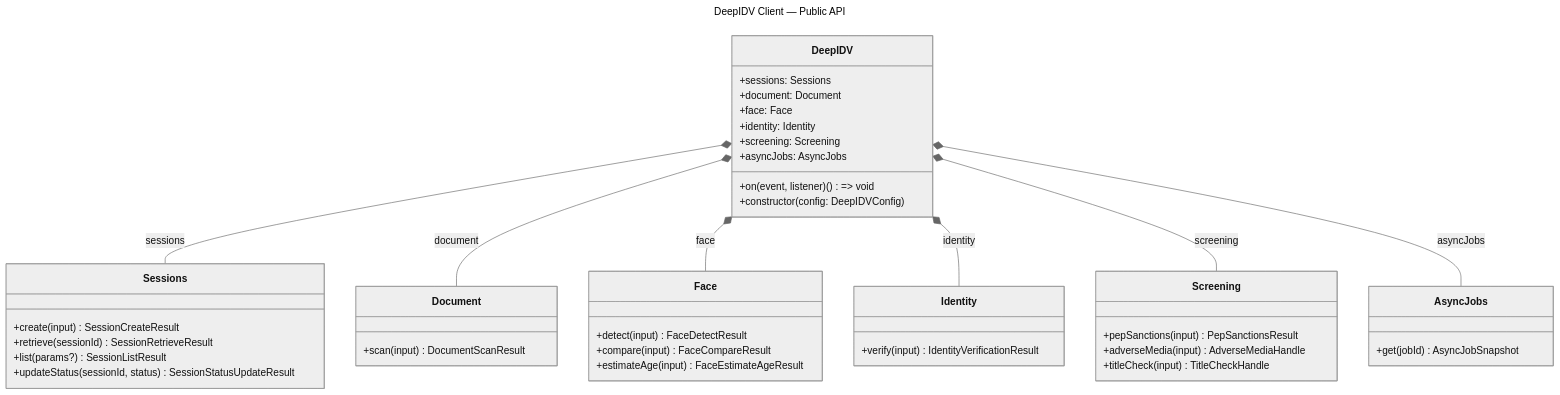
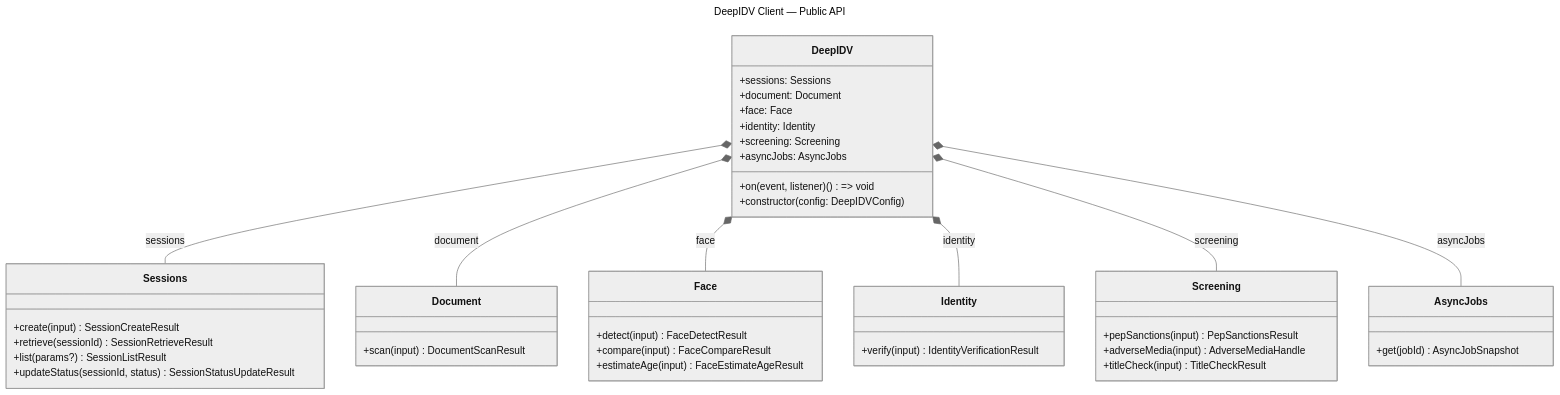
One commit to Deep-Identity-Inc/deepidv-sdk-ts changed the first of 3 diagrams in docs/architecture/OVERVIEW.md. Above: the diagram before and after it, drawn with Mermaid (neutral theme). The commit also changed 15 other files, not shown here.

````diff
--- a/docs/architecture/OVERVIEW.md
+++ b/docs/architecture/OVERVIEW.md
@@ -26,54 +26,54 @@
 ```mermaid
 ---
 title: DeepIDV Client — Public API
 ---
 classDiagram
     class DeepIDV {
         +sessions: Sessions
         +document: Document
         +face: Face
         +identity: Identity
         +screening: Screening
         +asyncJobs: AsyncJobs
         +on(event, listener) () => void
         +constructor(config: DeepIDVConfig)
     }
 
     class Sessions {
         +create(input) SessionCreateResult
         +retrieve(sessionId) SessionRetrieveResult
         +list(params?) SessionListResult
         +updateStatus(sessionId, status) SessionStatusUpdateResult
     }
 
     class Document {
         +scan(input) DocumentScanResult
     }
 
     class Face {
         +detect(input) FaceDetectResult
         +compare(input) FaceCompareResult
         +estimateAge(input) FaceEstimateAgeResult
     }
 
     class Identity {
         +verify(input) IdentityVerificationResult
     }
 
     class Screening {
         +pepSanctions(input) PepSanctionsResult
         +adverseMedia(input) AdverseMediaHandle
-        +titleCheck(input) TitleCheckHandle
+        +titleCheck(input) TitleCheckResult
     }
 
     class AsyncJobs {
         +get(jobId) AsyncJobSnapshot
     }
 
     DeepIDV *-- Sessions : sessions
     DeepIDV *-- Document : document
     DeepIDV *-- Face : face
     DeepIDV *-- Identity : identity
     DeepIDV *-- Screening : screening
     DeepIDV *-- AsyncJobs : asyncJobs
 ```
````
